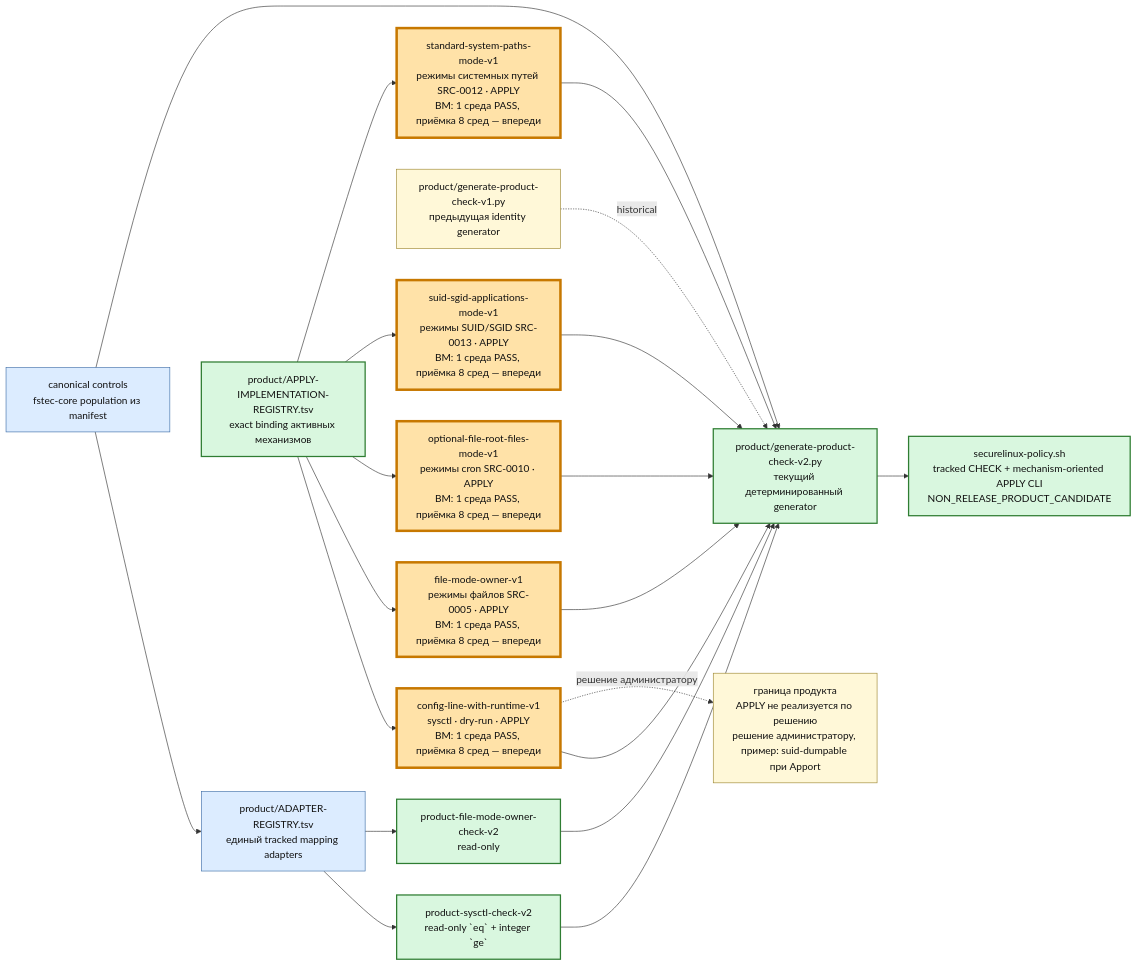
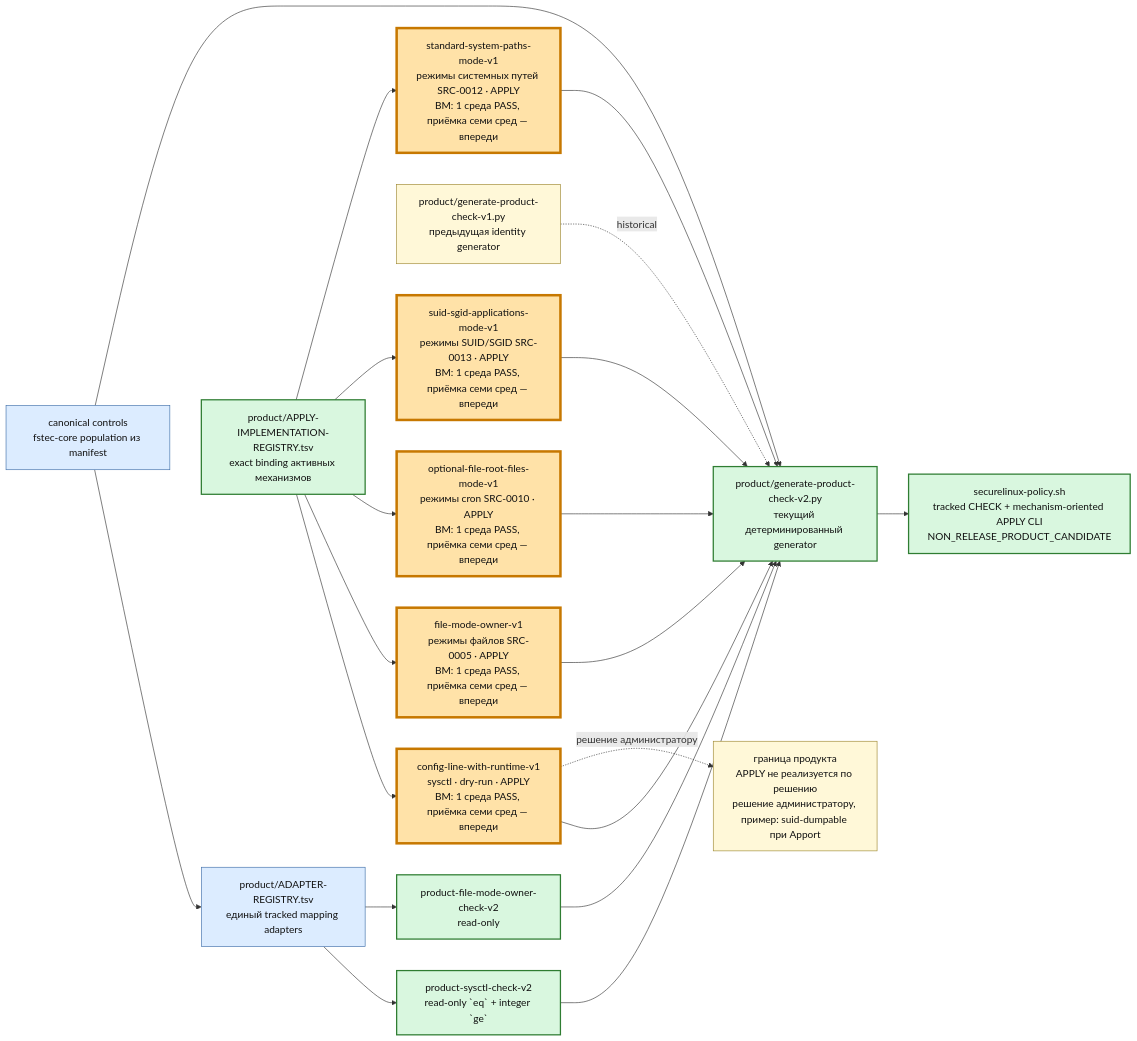
Before and after one commit to rasav65/SecureLinux-Policy: the third of 6 diagrams in docs/PROJECT-MAP.md, drawn with Mermaid. The commit also changed other lines of this file and 11 other files, not shown here.

````diff
--- a/docs/PROJECT-MAP.md
+++ b/docs/PROJECT-MAP.md
@@ -206,36 +206,36 @@
 ```mermaid
 flowchart LR
     CTRLNOW["canonical controls<br/>fstec-core population из manifest"]:::component
     REG["product/ADAPTER-REGISTRY.tsv<br/>единый tracked mapping adapters"]:::component
     SYS["product-sysctl-check-v2<br/>read-only `eq` + integer `ge`"]:::closed
     FILE["product-file-mode-owner-check-v2<br/>read-only"]:::closed
     GEN1["product/generate-product-check-v1.py<br/>предыдущая identity generator"]:::note
     GEN2["product/generate-product-check-v2.py<br/>текущий детерминированный generator"]:::closed
     IMPLREG["product/APPLY-IMPLEMENTATION-REGISTRY.tsv<br/>exact binding активных механизмов"]:::closed
-    APPLY1["config-line-with-runtime-v1<br/>sysctl · dry-run · APPLY<br/>ВМ: 1 среда PASS, приёмка 8 сред — впереди"]:::current
-    APPLY2["file-mode-owner-v1<br/>режимы файлов SRC-0005 · APPLY<br/>ВМ: 1 среда PASS, приёмка 8 сред — впереди"]:::current
-    APPLY3["optional-file-root-files-mode-v1<br/>режимы cron SRC-0010 · APPLY<br/>ВМ: 1 среда PASS, приёмка 8 сред — впереди"]:::current
-    APPLY4["suid-sgid-applications-mode-v1<br/>режимы SUID/SGID SRC-0013 · APPLY<br/>ВМ: 1 среда PASS, приёмка 8 сред — впереди"]:::current
-    APPLY5["standard-system-paths-mode-v1<br/>режимы системных путей SRC-0012 · APPLY<br/>ВМ: 1 среда PASS, приёмка 8 сред — впереди"]:::current
+    APPLY1["config-line-with-runtime-v1<br/>sysctl · dry-run · APPLY<br/>ВМ: 1 среда PASS, приёмка семи сред — впереди"]:::current
+    APPLY2["file-mode-owner-v1<br/>режимы файлов SRC-0005 · APPLY<br/>ВМ: 1 среда PASS, приёмка семи сред — впереди"]:::current
+    APPLY3["optional-file-root-files-mode-v1<br/>режимы cron SRC-0010 · APPLY<br/>ВМ: 1 среда PASS, приёмка семи сред — впереди"]:::current
+    APPLY4["suid-sgid-applications-mode-v1<br/>режимы SUID/SGID SRC-0013 · APPLY<br/>ВМ: 1 среда PASS, приёмка семи сред — впереди"]:::current
+    APPLY5["standard-system-paths-mode-v1<br/>режимы системных путей SRC-0012 · APPLY<br/>ВМ: 1 среда PASS, приёмка семи сред — впереди"]:::current
     CLI["securelinux-policy.sh<br/>tracked CHECK + mechanism-oriented APPLY CLI<br/>NON_RELEASE_PRODUCT_CANDIDATE"]:::closed
     ADMIN["граница продукта<br/>APPLY не реализуется по решению<br/>решение администратору, пример: suid-dumpable при Apport"]:::note
 
     CTRLNOW --> REG
     REG --> SYS
     REG --> FILE
     SYS --> GEN2
     FILE --> GEN2
     CTRLNOW --> GEN2 --> CLI
     IMPLREG --> APPLY1 --> GEN2
     IMPLREG --> APPLY2 --> GEN2
     IMPLREG --> APPLY3 --> GEN2
     IMPLREG --> APPLY4 --> GEN2
     IMPLREG --> APPLY5 --> GEN2
     APPLY1 -. решение администратору .-> ADMIN
     GEN1 -. historical .-> GEN2
 
     classDef closed fill:#d9f7df,stroke:#2f7d32,color:#111,stroke-width:2px;
     classDef component fill:#dcecff,stroke:#3e6ea8,color:#111;
     classDef current fill:#ffe2a8,stroke:#c77800,color:#111,stroke-width:4px;
     classDef note fill:#fff8d8,stroke:#9d8730,color:#111;
 ```
````
